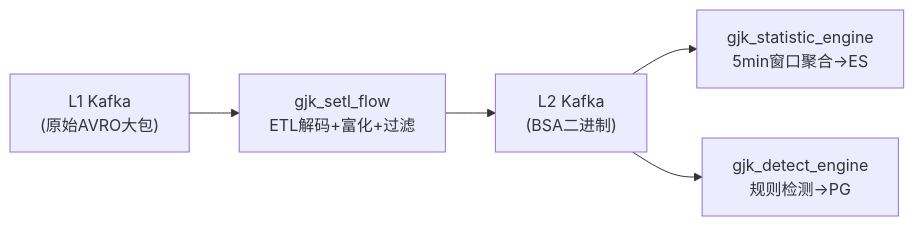
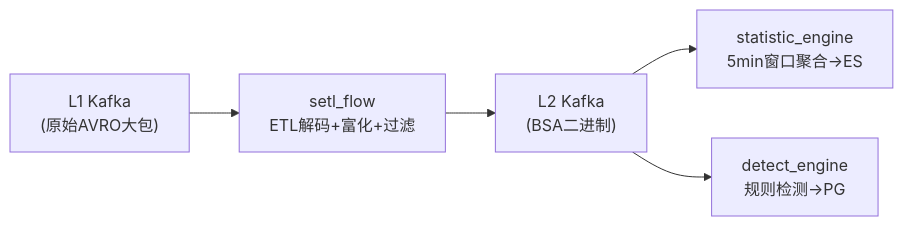
One commit to zhubaoxiang/wiki changed the first of 2 diagrams in flink/flink-basics-tutorial.md. Above: the diagram before and after it, drawn with Mermaid. The commit also changed other lines of this file and 1 other file, not shown here.

````diff
--- a/flink/flink-basics-tutorial.md
+++ b/flink/flink-basics-tutorial.md
@@ -31,7 +31,7 @@
 ```mermaid
 graph LR
-    A["L1 Kafka<br/>(原始AVRO大包)"] --> B["gjk_setl_flow<br/>ETL解码+富化+过滤"]
+    A["L1 Kafka<br/>(原始AVRO大包)"] --> B["setl_flow<br/>ETL解码+富化+过滤"]
     B --> C["L2 Kafka<br/>(BSA二进制)"]
-    C --> D["gjk_statistic_engine<br/>5min窗口聚合→ES"]
-    C --> E["gjk_detect_engine<br/>规则检测→PG"]
+    C --> D["statistic_engine<br/>5min窗口聚合→ES"]
+    C --> E["detect_engine<br/>规则检测→PG"]
 ```
````
